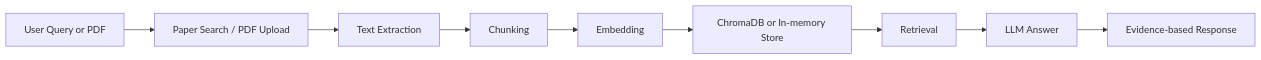
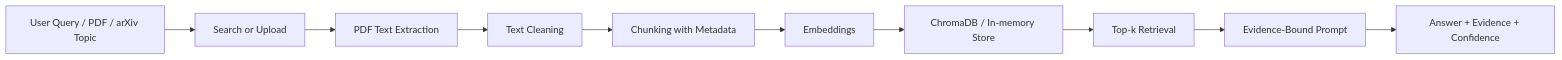
The diagram in README.md (PoorJeff/ai-research-assistant), drawn with Mermaid before and after one commit. The commit also changed other lines of this file and 7 other files, not shown here.

````diff
--- a/README.md
+++ b/README.md
@@ -25,11 +73,12 @@
 ```mermaid
 flowchart LR
-    A["User Query or PDF"] --> B["Paper Search / PDF Upload"]
-    B --> C["Text Extraction"]
-    C --> D["Chunking"]
-    D --> E["Embedding"]
-    E --> F["ChromaDB or In-memory Store"]
-    F --> G["Retrieval"]
-    G --> H["LLM Answer"]
-    H --> I["Evidence-based Response"]
+    A["User Query / PDF / arXiv Topic"] --> B["Search or Upload"]
+    B --> C["PDF Text Extraction"]
+    C --> D["Text Cleaning"]
+    D --> E["Chunking with Metadata"]
+    E --> F["Embeddings"]
+    F --> G["ChromaDB / In-memory Store"]
+    G --> H["Top-k Retrieval"]
+    H --> I["Evidence-Bound Prompt"]
+    I --> J["Answer + Evidence + Confidence"]
 ```
````
